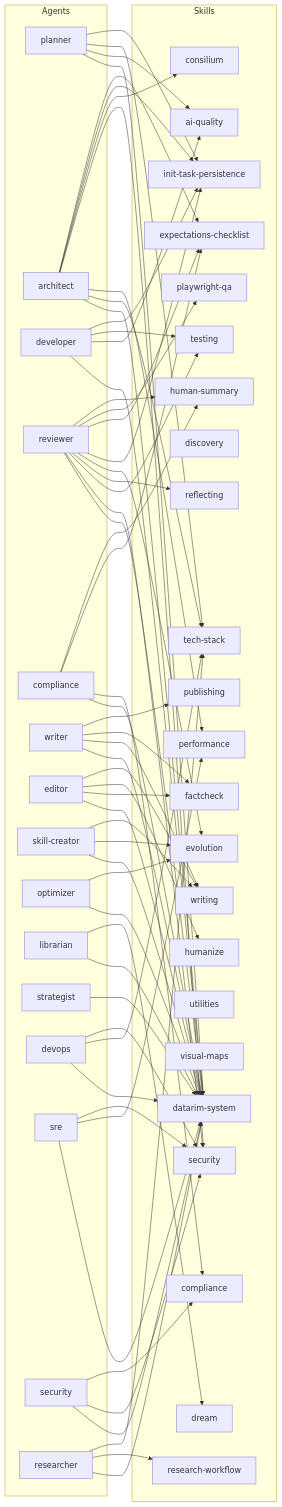
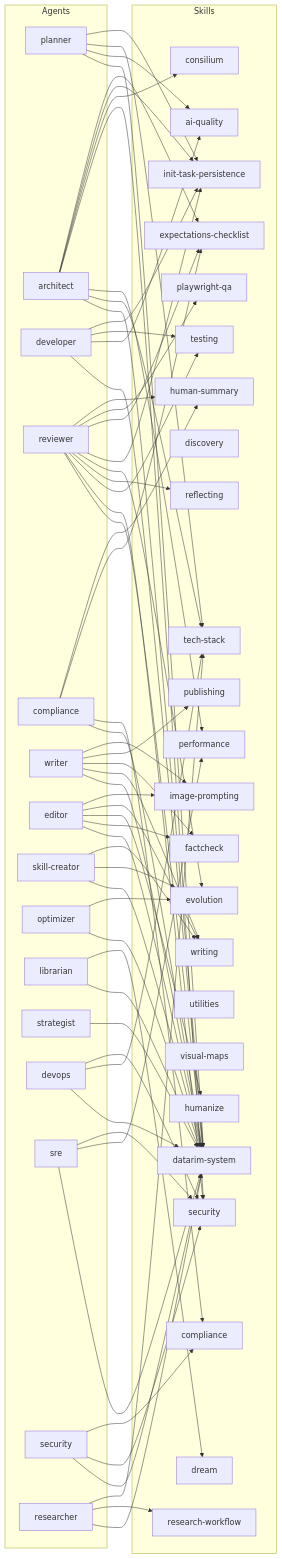
Before and after one commit to Arcanada-one/datarim: the fourth of 4 diagrams in skills/visual-maps/utility-and-dependencies.md, drawn with Mermaid. The commit also changed 12 other files, not shown here.

First line of the commit message:
release: v2.52.0 — image-prompting skill (TUNE-0466 deferred merge) + English-only surface fix (TUNE-0480)

````diff
--- a/skills/visual-maps/utility-and-dependencies.md
+++ b/skills/visual-maps/utility-and-dependencies.md
@@ -105,62 +105,63 @@
 ```mermaid
 graph LR
     subgraph "Agents"
         planner["planner"]
         architect["architect"]
         developer["developer"]
         reviewer["reviewer"]
         comp_agent["compliance"]
         writer_agent["writer"]
         editor_agent["editor"]
         skill_creator["skill-creator"]
         optimizer_agent["optimizer"]
         librarian["librarian"]
         strategist["strategist"]
         devops_agent["devops"]
         sre_agent["sre"]
         security_agent["security"]
         researcher_agent["researcher"]
     end
 
     subgraph "Skills"
         sys["datarim-system"]
         aiq["ai-quality"]
         sec["security"]
         test["testing"]
         perf["performance"]
         tech["tech-stack"]
         cons["consilium"]
         disc["discovery"]
         evo["evolution"]
         refl["reflecting"]
         writ["writing"]
         drm["dream"]
         comp_sk["compliance"]
         fc["factcheck"]
         hum["humanize"]
         pub["publishing"]
         util["utilities"]
         vmap["visual-maps"]
         research_wf["research-workflow"]
         init_task["init-task-persistence"]
         expect_sk["expectations-checklist"]
         play_sk["playwright-qa"]
         human_sk["human-summary"]
+        imgp["image-prompting"]
     end
 
     planner --> sys & aiq & tech & init_task
     architect --> sys & tech & perf & sec & cons & init_task & expect_sk
     developer --> sys & aiq & test & init_task
     reviewer --> sys & sec & test & refl & evo & init_task & expect_sk & play_sk & human_sk
     comp_agent --> sys & comp_sk & expect_sk & human_sk
-    writer_agent --> sys & writ & fc & pub
-    editor_agent --> sys & fc & hum & writ
+    writer_agent --> sys & writ & fc & pub & imgp
+    editor_agent --> sys & fc & hum & writ & imgp
     skill_creator --> sys & evo & writ
     optimizer_agent --> sys & evo
     librarian --> sys & drm
     strategist --> sys
     devops_agent --> sys & tech & sec
     sre_agent --> sys & perf & sec
     security_agent --> sys & sec & comp_sk
     researcher_agent --> sys & research_wf & tech
 ```
````
